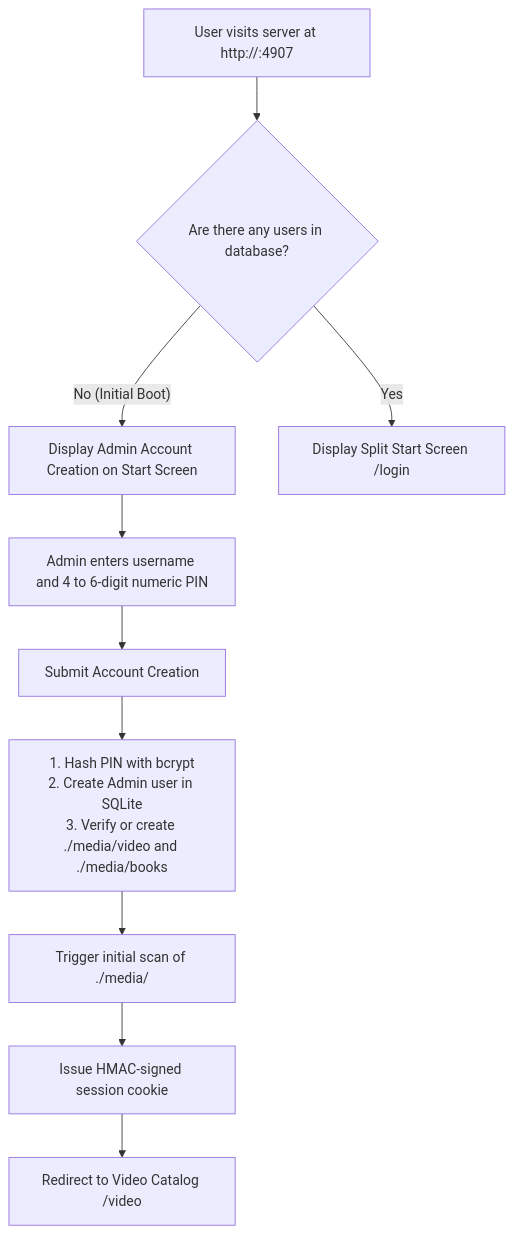
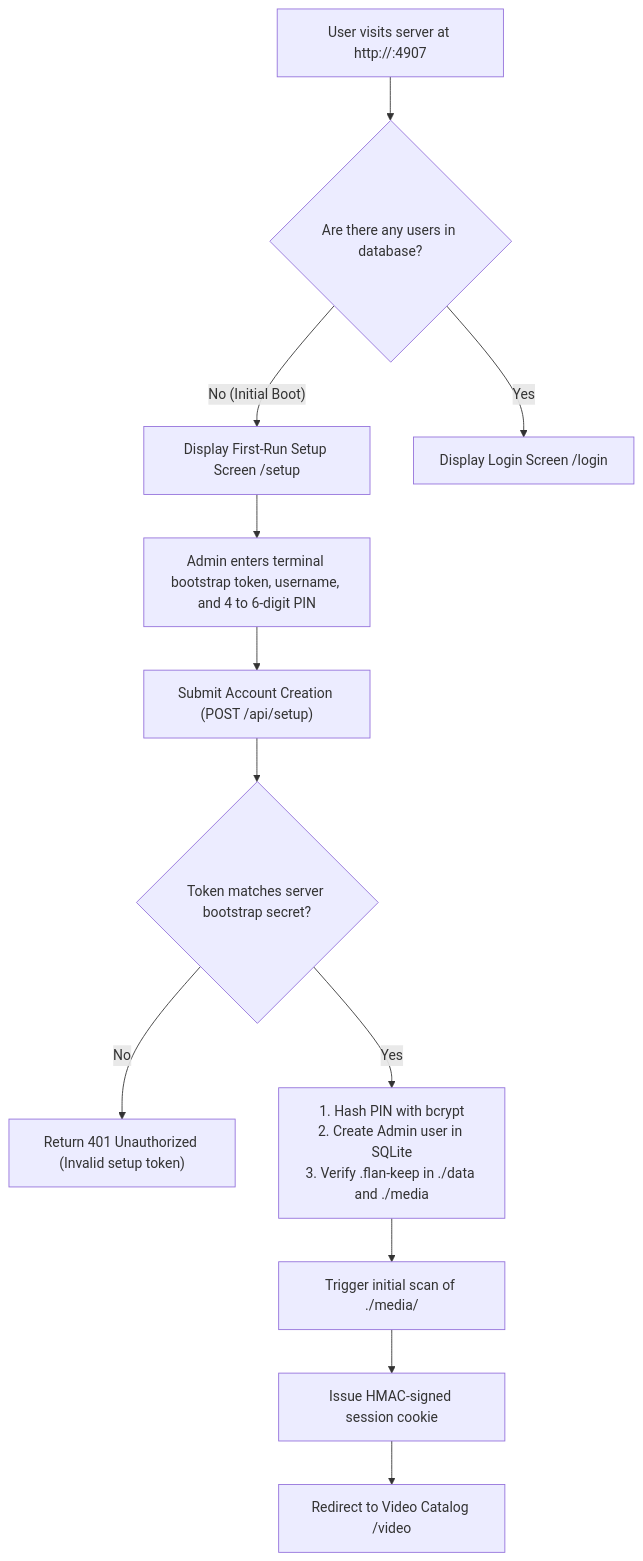
Before and after one commit to WesleyEsq/Flan-Media-Server: the first of 5 diagrams in docs/diagrams/user-flows.md, drawn with Mermaid. The commit also changed other lines of this file and 26 other files, not shown here.

````diff
--- a/docs/diagrams/user-flows.md
+++ b/docs/diagrams/user-flows.md
@@ -11,14 +11,16 @@
 ```mermaid
 flowchart TD
     Start["User visits server at http://<ip>:4907"] --> CheckDB{"Are there any users in database?"}
-    CheckDB -- "No (Initial Boot)" --> ShowSetup["Display Admin Account Creation on Start Screen"]
-    CheckDB -- "Yes" --> ShowLogin["Display Split Start Screen /login"]
+    CheckDB -- "No (Initial Boot)" --> ShowSetup["Display First-Run Setup Screen /setup"]
+    CheckDB -- "Yes" --> ShowLogin["Display Login Screen /login"]
 
-    ShowSetup --> Form["Admin enters username and 4 to 6-digit numeric PIN"]
-    Form --> Submit["Submit Account Creation"]
+    ShowSetup --> Form["Admin enters terminal bootstrap token, username, and 4 to 6-digit PIN"]
+    Form --> Submit["Submit Account Creation (POST /api/setup)"]
 
-    Submit --> CreateAdmin["1. Hash PIN with bcrypt<br/>2. Create Admin user in SQLite<br/>3. Verify or create ./media/video and ./media/books"]
+    Submit --> VerifyToken{"Token matches server bootstrap secret?"}
+    VerifyToken -- "No" --> Reject["Return 401 Unauthorized (Invalid setup token)"]
+    VerifyToken -- "Yes" --> CreateAdmin["1. Hash PIN with bcrypt<br/>2. Create Admin user in SQLite<br/>3. Verify .flan-keep in ./data and ./media"]
     CreateAdmin --> StartScan["Trigger initial scan of ./media/"]
     StartScan --> IssueSession["Issue HMAC-signed session cookie"]
     IssueSession --> Catalog["Redirect to Video Catalog /video"]
 ```
````
